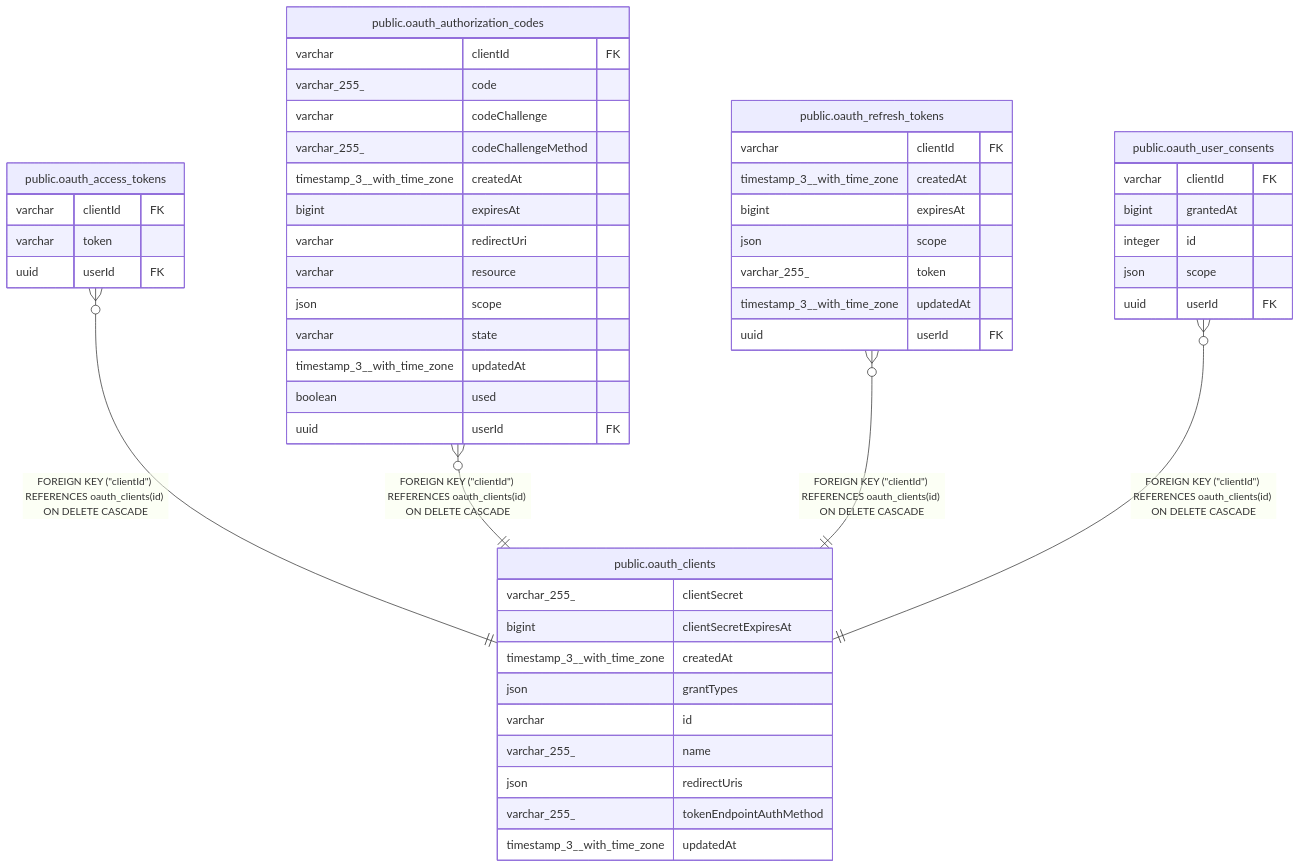
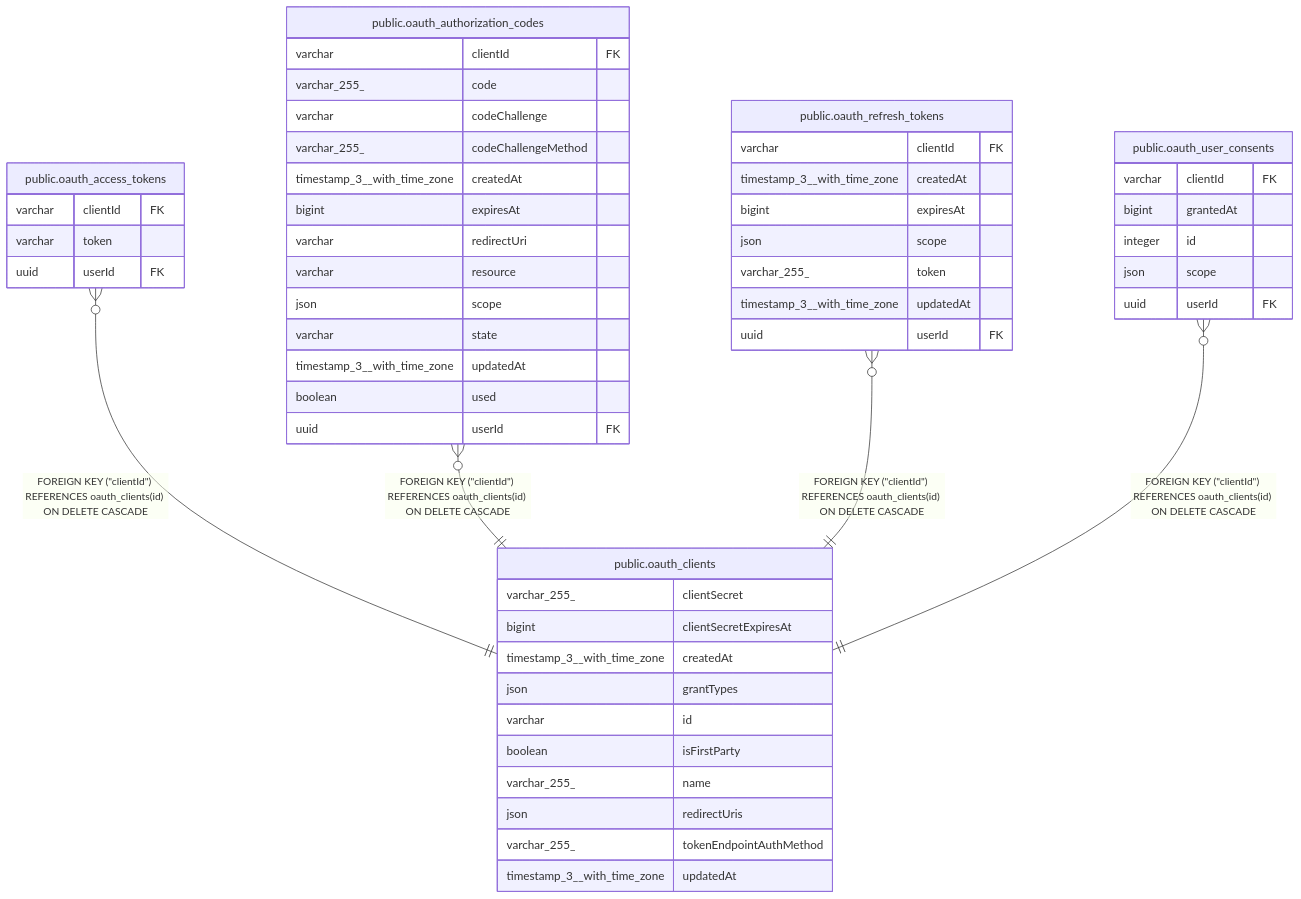
The diagram in docs/generated/postgres-schema/public.oauth_clients.md (mayankjain1815-commits/n8n), drawn with Mermaid before and after one commit. The commit also changed other lines of this file and 57 other files, not shown here.

````diff
--- a/docs/generated/postgres-schema/public.oauth_clients.md
+++ b/docs/generated/postgres-schema/public.oauth_clients.md
@@ -38,56 +40,57 @@
 ```mermaid
 erDiagram
 
 "public.oauth_access_tokens" }o--|| "public.oauth_clients" : "FOREIGN KEY (#quot;clientId#quot;) REFERENCES oauth_clients(id) ON DELETE CASCADE"
 "public.oauth_authorization_codes" }o--|| "public.oauth_clients" : "FOREIGN KEY (#quot;clientId#quot;) REFERENCES oauth_clients(id) ON DELETE CASCADE"
 "public.oauth_refresh_tokens" }o--|| "public.oauth_clients" : "FOREIGN KEY (#quot;clientId#quot;) REFERENCES oauth_clients(id) ON DELETE CASCADE"
 "public.oauth_user_consents" }o--|| "public.oauth_clients" : "FOREIGN KEY (#quot;clientId#quot;) REFERENCES oauth_clients(id) ON DELETE CASCADE"
 
 "public.oauth_clients" {
   varchar_255_ clientSecret
   bigint clientSecretExpiresAt
   timestamp_3__with_time_zone createdAt
   json grantTypes
   varchar id
+  boolean isFirstParty
   varchar_255_ name
   json redirectUris
   varchar_255_ tokenEndpointAuthMethod
   timestamp_3__with_time_zone updatedAt
 }
 "public.oauth_access_tokens" {
   varchar clientId FK
   varchar token
   uuid userId FK
 }
 "public.oauth_authorization_codes" {
   varchar clientId FK
   varchar_255_ code
   varchar codeChallenge
   varchar_255_ codeChallengeMethod
   timestamp_3__with_time_zone createdAt
   bigint expiresAt
   varchar redirectUri
   varchar resource
   json scope
   varchar state
   timestamp_3__with_time_zone updatedAt
   boolean used
   uuid userId FK
 }
 "public.oauth_refresh_tokens" {
   varchar clientId FK
   timestamp_3__with_time_zone createdAt
   bigint expiresAt
   json scope
   varchar_255_ token
   timestamp_3__with_time_zone updatedAt
   uuid userId FK
 }
 "public.oauth_user_consents" {
   varchar clientId FK
   bigint grantedAt
   integer id
   json scope
   uuid userId FK
 }
 ```
````
